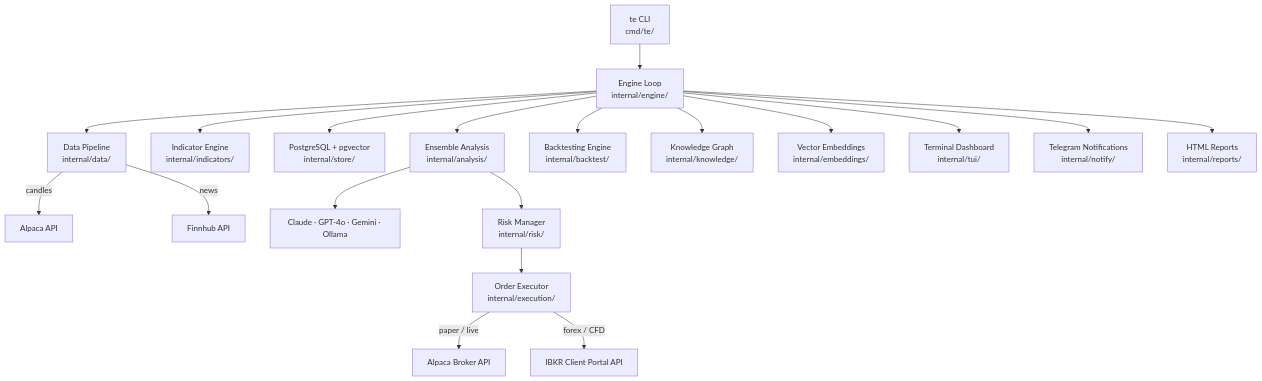
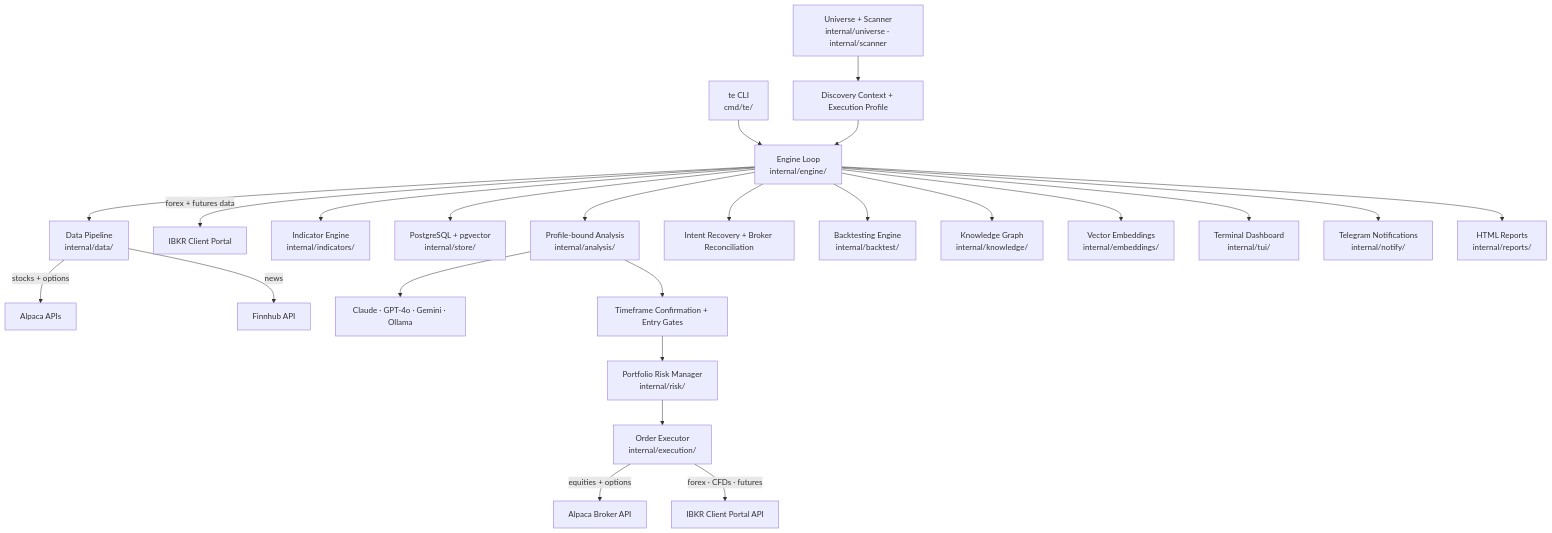
The diagram in README.md (romeo-folie/trade-engine), drawn with Mermaid before and after one commit. The commit also changed other lines of this file and 10 other files, not shown here.

````diff
--- a/README.md
+++ b/README.md
@@ -11,21 +15,26 @@
 ```mermaid
 graph TD
     CLI[te CLI<br/>cmd/te/] --> Engine[Engine Loop<br/>internal/engine/]
+    Universe[Universe + Scanner<br/>internal/universe · internal/scanner] --> Profiles[Discovery Context + Execution Profile]
+    Profiles --> Engine
     Engine --> DataPipeline[Data Pipeline<br/>internal/data/]
-    DataPipeline -->|candles| Alpaca[Alpaca API]
+    DataPipeline -->|stocks + options| Alpaca[Alpaca APIs]
+    Engine -->|forex + futures data| IBKR[IBKR Client Portal]
     DataPipeline -->|news| Finnhub[Finnhub API]
     Engine --> Indicators[Indicator Engine<br/>internal/indicators/]
     Engine --> Store[PostgreSQL + pgvector<br/>internal/store/]
-    Engine --> Analysis[Ensemble Analysis<br/>internal/analysis/]
+    Engine --> Analysis[Profile-bound Analysis<br/>internal/analysis/]
     Analysis --> LLM[Claude · GPT-4o · Gemini · Ollama]
-    Analysis --> Risk[Risk Manager<br/>internal/risk/]
+    Analysis --> Gates[Timeframe Confirmation + Entry Gates]
+    Gates --> Risk[Portfolio Risk Manager<br/>internal/risk/]
     Risk --> Executor[Order Executor<br/>internal/execution/]
-    Executor -->|paper / live| AlpacaBroker[Alpaca Broker API]
-    Executor -->|forex / CFD| IBKRBroker[IBKR Client Portal API]
+    Executor -->|equities + options| AlpacaBroker[Alpaca Broker API]
+    Executor -->|forex · CFDs · futures| IBKRBroker[IBKR Client Portal API]
+    Engine --> Reconcile[Intent Recovery + Broker Reconciliation]
     Engine --> Backtest[Backtesting Engine<br/>internal/backtest/]
     Engine --> Knowledge[Knowledge Graph<br/>internal/knowledge/]
     Engine --> Embeddings[Vector Embeddings<br/>internal/embeddings/]
     Engine --> TUI[Terminal Dashboard<br/>internal/tui/]
     Engine --> Notify[Telegram Notifications<br/>internal/notify/]
     Engine --> Reports[HTML Reports<br/>internal/reports/]
 ```
````
